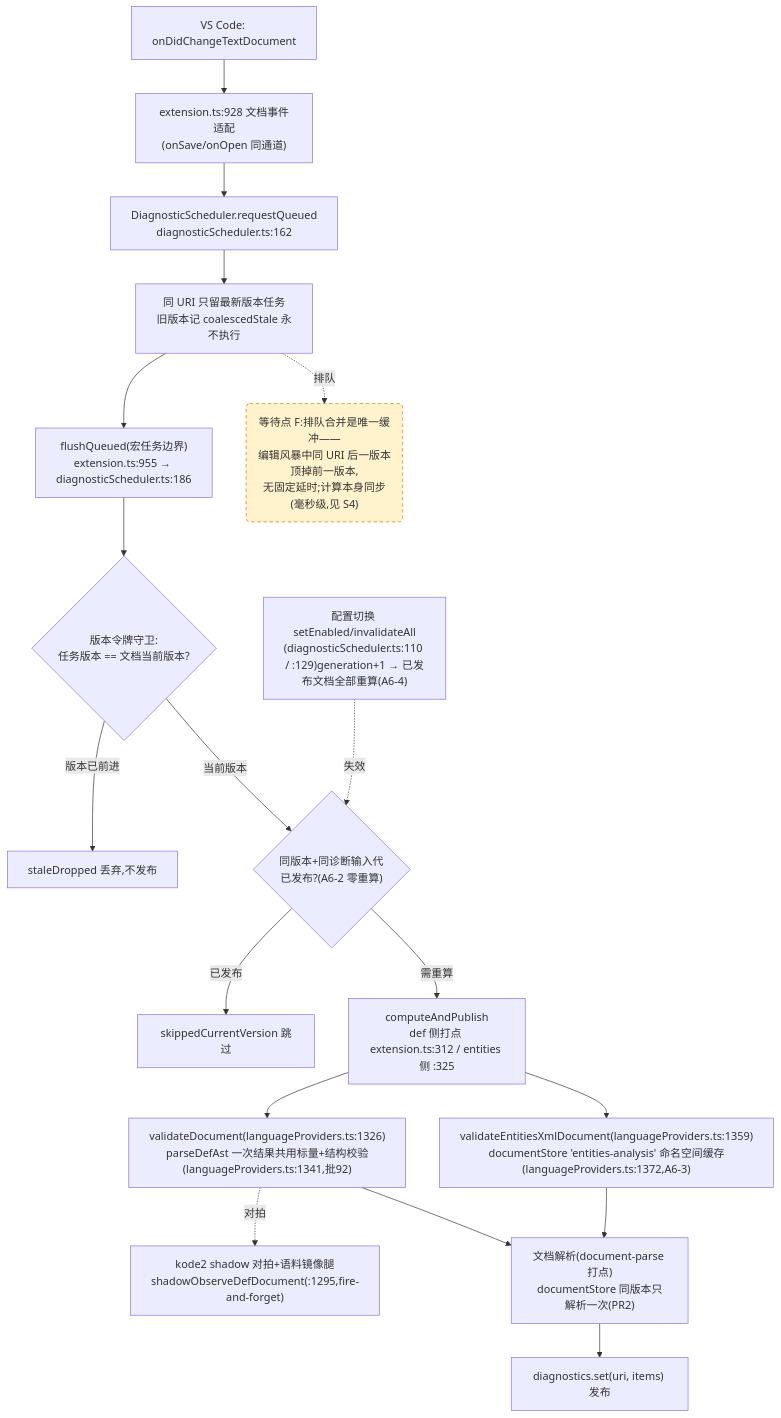
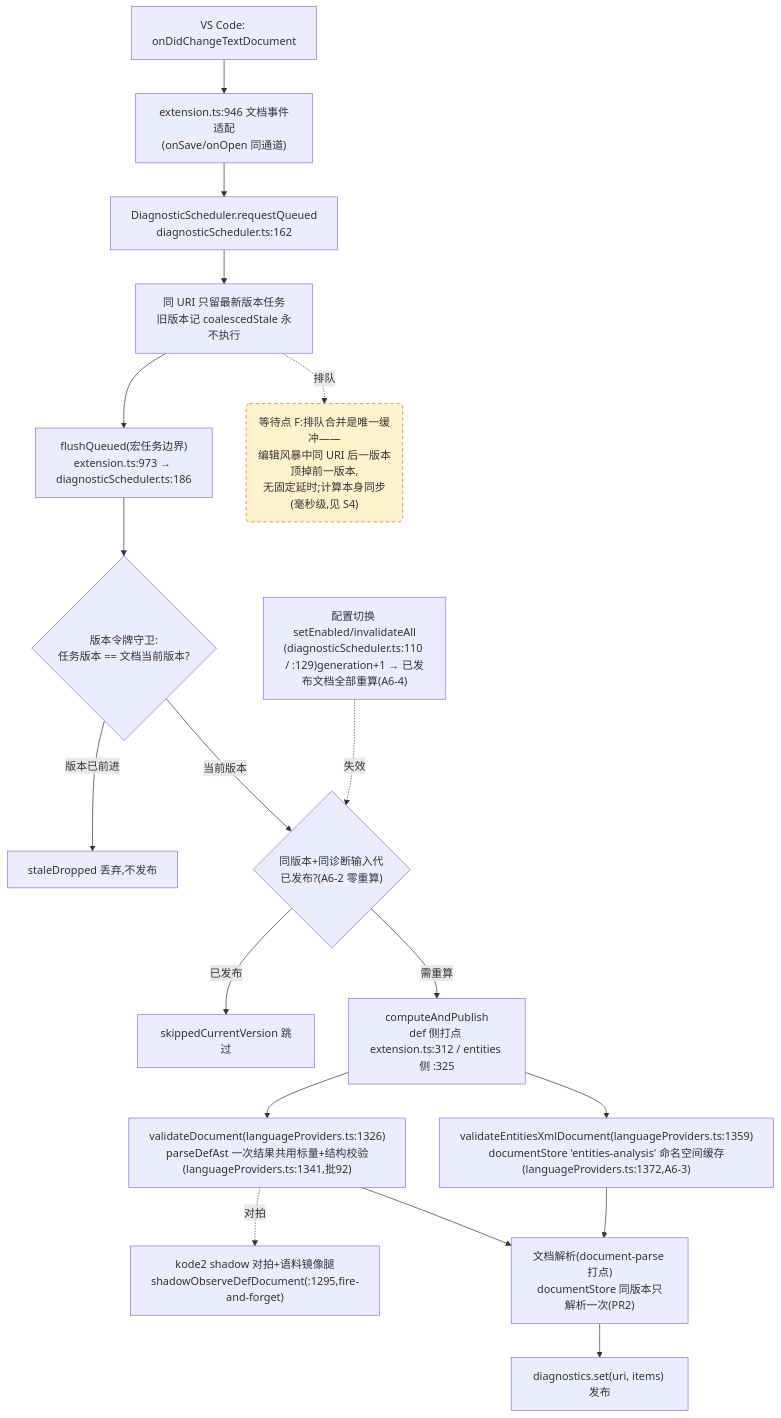
One commit to cuihairu/kode changed the fourth of 4 diagrams in docs/perf/2026-baseline.md. Above: the diagram before and after it, drawn with Mermaid. The commit also changed other lines of this file and 4 other files, not shown here.

````diff
--- a/docs/perf/2026-baseline.md
+++ b/docs/perf/2026-baseline.md
@@ -214,38 +214,38 @@
 ```mermaid
 flowchart TD
   CHG["VS Code: onDidChangeTextDocument"]
-  WATCH["extension.ts:928 文档事件适配<br/>(onSave/onOpen 同通道)"]
+  WATCH["extension.ts:946 文档事件适配<br/>(onSave/onOpen 同通道)"]
   RQ["DiagnosticScheduler.requestQueued<br/>diagnosticScheduler.ts:162"]
   CO["同 URI 只留最新版本任务<br/>旧版本记 coalescedStale 永不执行"]
-  FL["flushQueued(宏任务边界)<br/>extension.ts:955 → diagnosticScheduler.ts:186"]
+  FL["flushQueued(宏任务边界)<br/>extension.ts:973 → diagnosticScheduler.ts:186"]
   VG{"版本令牌守卫:<br/>任务版本 == 文档当前版本?"}
   DROP["staleDropped 丢弃,不发布"]
   GEN{"同版本+同诊断输入代<br/>已发布?(A6-2 零重算)"}
   SKIP["skippedCurrentVersion 跳过"]
   CALC["computeAndPublish<br/>def 侧打点 extension.ts:312 / entities 侧 :325"]
   VD["validateDocument(languageProviders.ts:1326)<br/>parseDefAst 一次结果共用标量+结构校验(languageProviders.ts:1341,批92)"]
   VEX["validateEntitiesXmlDocument(languageProviders.ts:1359)<br/>documentStore 'entities-analysis' 命名空间缓存(languageProviders.ts:1372,A6-3)"]
   SHDD["kode2 shadow 对拍+语料镜像腿<br/>shadowObserveDefDocument(:1295,fire-and-forget)"]
   DS["文档解析(document-parse 打点)<br/>documentStore 同版本只解析一次(PR2)"]
   PUB["diagnostics.set(uri, items) 发布"]
   CFG2["配置切换 setEnabled/invalidateAll<br/>(diagnosticScheduler.ts:110 / :129)generation+1 → 已发布文档全部重算(A6-4)"]
 
   CHG --> WATCH --> RQ --> CO --> FL --> VG
   VG -- "版本已前进" --> DROP
   VG -- "当前版本" --> GEN
   GEN -- "已发布" --> SKIP
   GEN -- "需重算" --> CALC
   CALC --> VD
   CALC --> VEX
   VD --> DS
   VEX --> DS
   DS --> PUB
   VD -.->|对拍| SHDD
   CFG2 -.->|失效| GEN
 
   WAITF("等待点 F:排队合并是唯一缓冲——<br/>编辑风暴中同 URI 后一版本顶掉前一版本,<br/>无固定延时;计算本身同步(毫秒级,见 S4)")
   CO -.->|排队| WAITF
 
   classDef waitPoint fill:#fff3cd,stroke:#d97706,stroke-dasharray:5 4;
   class WAITF waitPoint;
 ```
````
